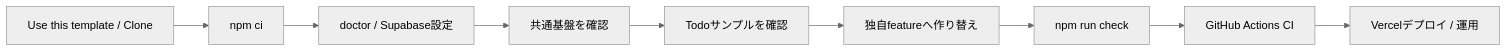
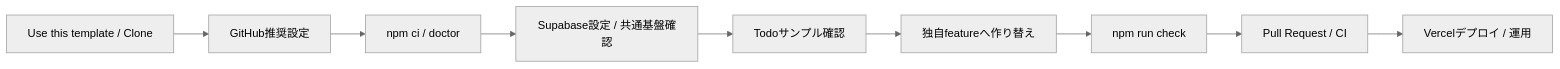
The first of 4 diagrams in README.md (k-systems202208/nextjs-supabase-vercel-webapp-template), drawn with Mermaid (neutral theme) before and after one commit. The commit also changed other lines of this file and 7 other files, not shown here.

````diff
--- a/README.md
+++ b/README.md
@@ -11,11 +11,11 @@
 ```mermaid
 flowchart LR
-    A["Use this template / Clone"] --> B["npm ci"]
-    B --> C["doctor / Supabase設定"]
-    C --> D["共通基盤を確認"]
-    D --> E["Todoサンプルを確認"]
+    A["Use this template / Clone"] --> B["GitHub推奨設定"]
+    B --> C["npm ci / doctor"]
+    C --> D["Supabase設定 / 共通基盤確認"]
+    D --> E["Todoサンプル確認"]
     E --> F["独自featureへ作り替え"]
     F --> G["npm run check"]
-    G --> H["GitHub Actions CI"]
+    G --> H["Pull Request / CI"]
     H --> I["Vercelデプロイ / 運用"]
 ```
````
